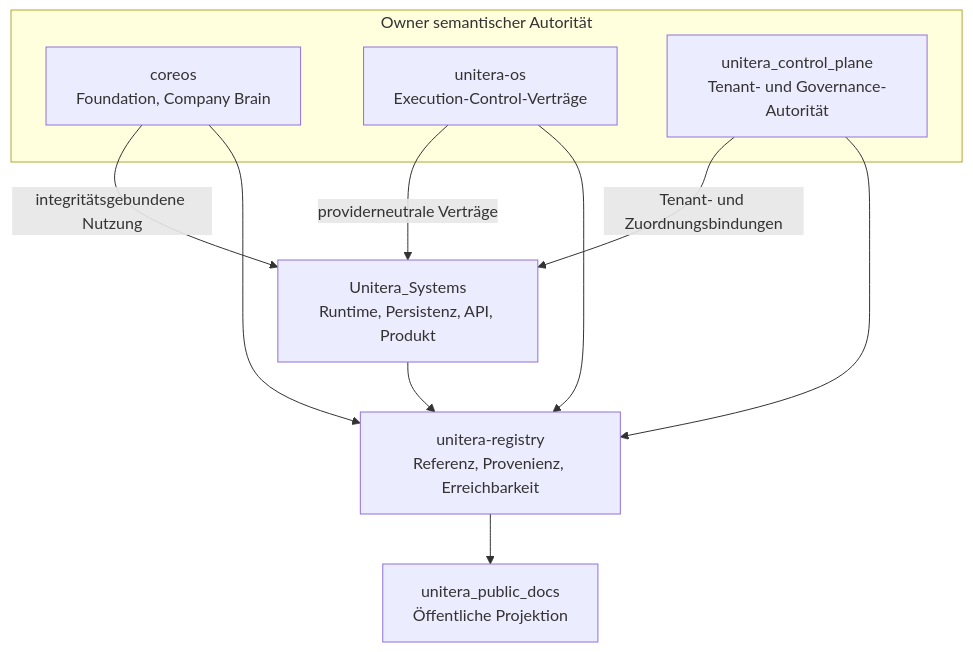
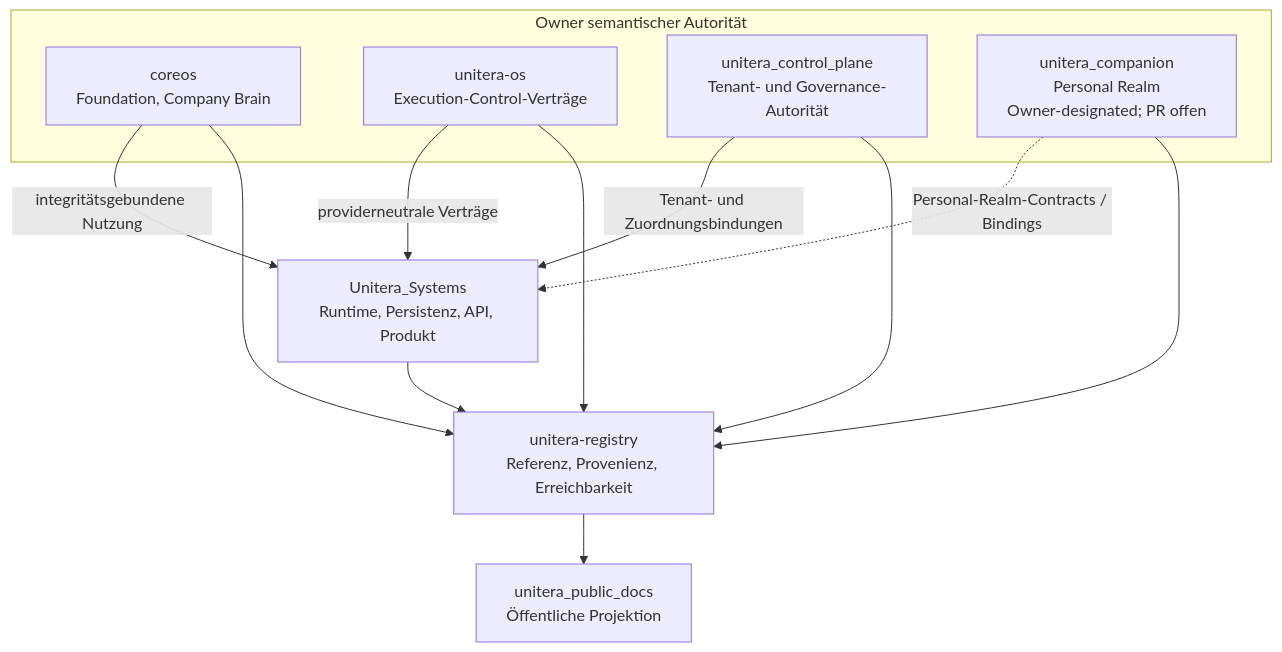
Before and after one commit to baum777/unitera_public_docs: the first of 2 diagrams in docs/de/architecture/repository-topology.md, drawn with Mermaid. The commit also changed other lines of this file, not shown here.

Commit message:
docs: add Personal Realm owner surface to topology (de)

````diff
--- a/docs/de/architecture/repository-topology.md
+++ b/docs/de/architecture/repository-topology.md
@@ -9,21 +9,24 @@
 ```mermaid
 flowchart TB
     subgraph OWNERS[Owner semantischer Autorität]
       C[coreos<br/>Foundation, Company Brain]
       O[unitera-os<br/>Execution-Control-Verträge]
       T[unitera_control_plane<br/>Tenant- und Governance-Autorität]
+      P[unitera_companion<br/>Personal Realm<br/>Owner-designated; PR offen]
     end
 
     S[Unitera_Systems<br/>Runtime, Persistenz, API, Produkt]
     R[unitera-registry<br/>Referenz, Provenienz, Erreichbarkeit]
     D[unitera_public_docs<br/>Öffentliche Projektion]
 
     C -->|integritätsgebundene Nutzung| S
     O -->|providerneutrale Verträge| S
     T -->|Tenant- und Zuordnungsbindungen| S
+    P -.->|Personal-Realm-Contracts / Bindings| S
     C --> R
     O --> R
     T --> R
+    P --> R
     S --> R
     R --> D
 ```
````
